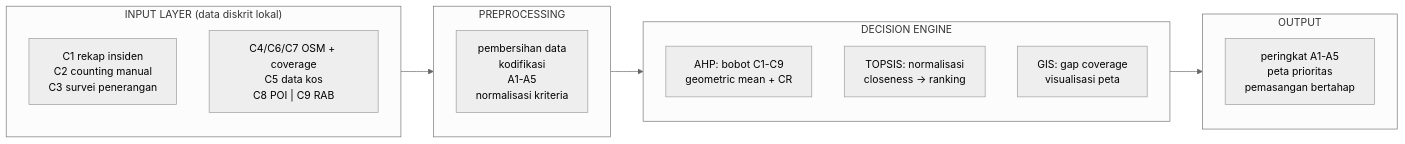
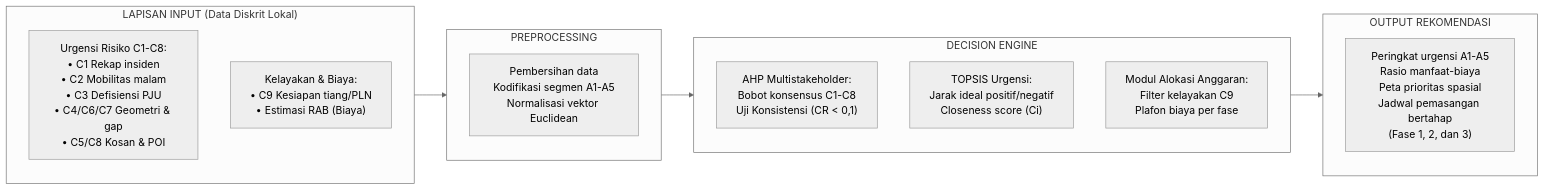
The diagram in 04-paper/diagram/arsitektur-4-lapis.mmd (Faruuuqqq/dss-hebat), drawn with Mermaid (neutral theme) before and after one commit. The commit also changed 1 other file, not shown here.

Commit message:
refactor(diagrams): decouple urgency from cost and standardize author node labels

```diff
--- a/04-paper/diagram/arsitektur-4-lapis.mmd
+++ b/04-paper/diagram/arsitektur-4-lapis.mmd
@@ -1,23 +1,19 @@
-%% Gambar 3 — Arsitektur konseptual empat lapis DSS (pengganti blok ASCII).
-%% Cara pakai: paste seluruh isi file ini ke https://mermaid.live
-%%   lalu Export > PNG (skala 2-3x). Simpan sebagai:
-%%   04-paper/gambar-3-arsitektur.png (sejajar dengan draft-paper.tex).
-%% Layout LR (kiri-kanan) agar pas di figure* dua kolom IEEE.
-%% Isi = Seksi IV-D + Tabel C1-C9, tidak boleh diubah tanpa sinkron ke paper.
+%% Gambar 3 — Arsitektur konseptual empat lapis DSS prioritas CCTV Jatinangor.
+%% Memisahkan kriteria urgensi C1-C8 dari kelayakan teknis/biaya C9.
 flowchart LR
-    subgraph L1["INPUT LAYER (data diskrit lokal)"]
-        I1["C1 rekap insiden<br/>C2 counting manual<br/>C3 survei penerangan"]
-        I2["C4/C6/C7 OSM + coverage<br/>C5 data kos<br/>C8 POI | C9 RAB"]
+    subgraph L1["LAPISAN INPUT (Data Diskrit Lokal)"]
+        I1["Urgensi Risiko C1-C8:<br/>• C1 Rekap insiden<br/>• C2 Mobilitas malam<br/>• C3 Defisiensi PJU<br/>• C4/C6/C7 Geometri & gap<br/>• C5/C8 Kosan & POI"]
+        I2["Kelayakan & Biaya:<br/>• C9 Kesiapan tiang/PLN<br/>• Estimasi RAB (Biaya)"]
     end
     subgraph L2["PREPROCESSING"]
-        P["pembersihan data<br/>kodifikasi<br/>A1-A5<br/>normalisasi kriteria"]
+        P["Pembersihan data<br/>Kodifikasi segmen A1-A5<br/>Normalisasi vektor Euclidean"]
     end
     subgraph L3["DECISION ENGINE"]
-        A["AHP: bobot C1-C9<br/>geometric mean + CR"]
-        T["TOPSIS: normalisasi<br/>closeness → ranking"]
-        G["GIS: gap coverage<br/>visualisasi peta"]
+        A["AHP Multistakeholder:<br/>Bobot konsensus C1-C8<br/>Uji Konsistensi (CR < 0,1)"]
+        T["TOPSIS Urgensi:<br/>Jarak ideal positif/negatif<br/>Closeness score (Ci)"]
+        B["Modul Alokasi Anggaran:<br/>Filter kelayakan C9<br/>Plafon biaya per fase"]
     end
-    subgraph L4["OUTPUT"]
-        O["peringkat A1-A5<br/>peta prioritas<br/>pemasangan bertahap"]
+    subgraph L4["OUTPUT REKOMENDASI"]
+        O["Peringkat urgensi A1-A5<br/>Rasio manfaat-biaya<br/>Peta prioritas spasial<br/>Jadwal pemasangan bertahap<br/>(Fase 1, 2, dan 3)"]
     end
     L1 --> L2 --> L3 --> L4
```
